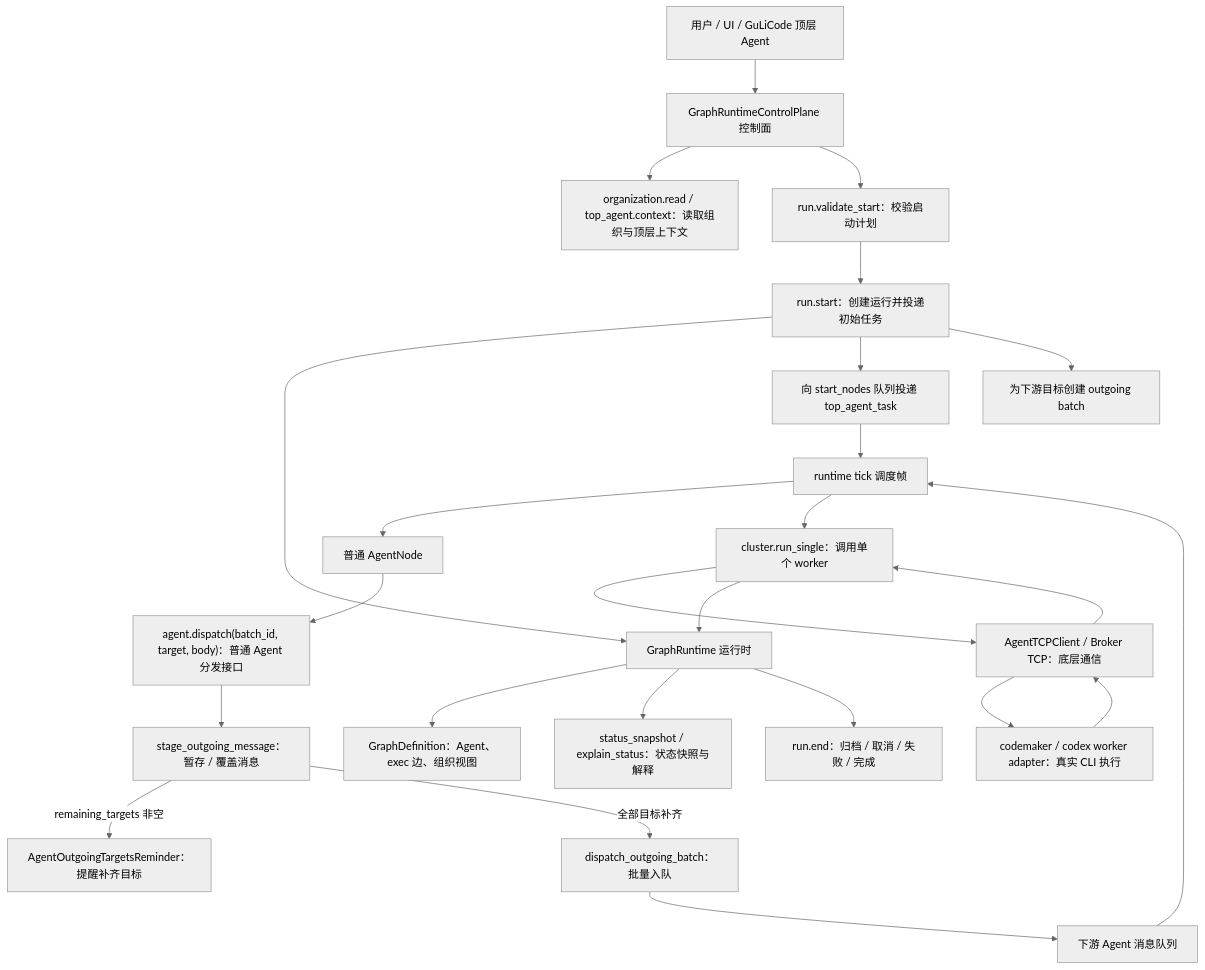
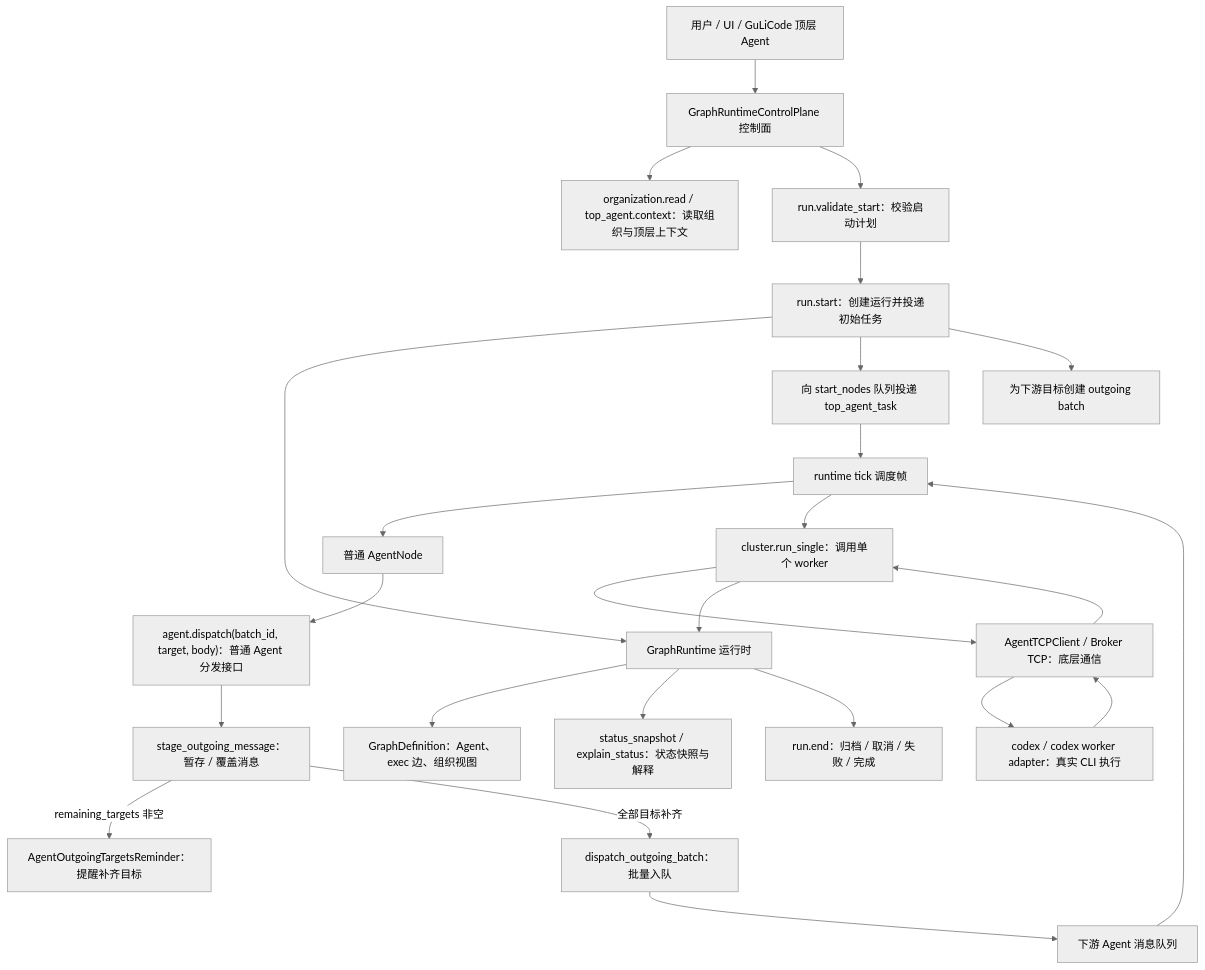
Before and after one commit to QHXRPG-A/multi_agent_tcp: the diagram in docs/diagrams/multi_agents_communication/01_overview.mmd, drawn with Mermaid (neutral theme). The commit also changed 71 other files, not shown here.

Commit message:
Switch worker execution to Codex only

```diff
--- a/docs/diagrams/multi_agents_communication/01_overview.mmd
+++ b/docs/diagrams/multi_agents_communication/01_overview.mmd
@@ -1,29 +1,29 @@
 flowchart TD
   U["用户 / UI / GuLiCode 顶层 Agent"] --> CP["GraphRuntimeControlPlane 控制面"]
   CP --> ORG["organization.read / top_agent.context：读取组织与顶层上下文"]
   CP --> VAL["run.validate_start：校验启动计划"]
   VAL --> START["run.start：创建运行并投递初始任务"]
 
   START --> GR["GraphRuntime 运行时"]
   GR --> GD["GraphDefinition：Agent、exec 边、组织视图"]
   START --> Q0["向 start_nodes 队列投递 top_agent_task"]
   START --> B0["为下游目标创建 outgoing batch"]
 
   Q0 --> TICK["runtime tick 调度帧"]
   TICK --> AGENT["普通 AgentNode"]
   AGENT --> DISPATCH["agent.dispatch(batch_id, target, body)：普通 Agent 分发接口"]
   DISPATCH --> STAGE["stage_outgoing_message：暂存 / 覆盖消息"]
   STAGE -->|remaining_targets 非空| REMIND["AgentOutgoingTargetsReminder：提醒补齐目标"]
   STAGE -->|全部目标补齐| FANOUT["dispatch_outgoing_batch：批量入队"]
   FANOUT --> QN["下游 Agent 消息队列"]
 
   QN --> TICK
   TICK --> CLUSTER["cluster.run_single：调用单个 worker"]
   CLUSTER --> TCP["AgentTCPClient / Broker TCP：底层通信"]
-  TCP --> WORKER["codemaker / codex worker adapter：真实 CLI 执行"]
+  TCP --> WORKER["codex / codex worker adapter：真实 CLI 执行"]
   WORKER --> TCP
   TCP --> CLUSTER
   CLUSTER --> GR
 
   GR --> STATUS["status_snapshot / explain_status：状态快照与解释"]
   GR --> END["run.end：归档 / 取消 / 失败 / 完成"]
```
